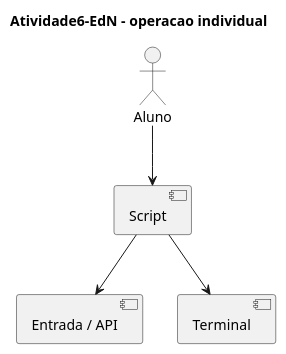
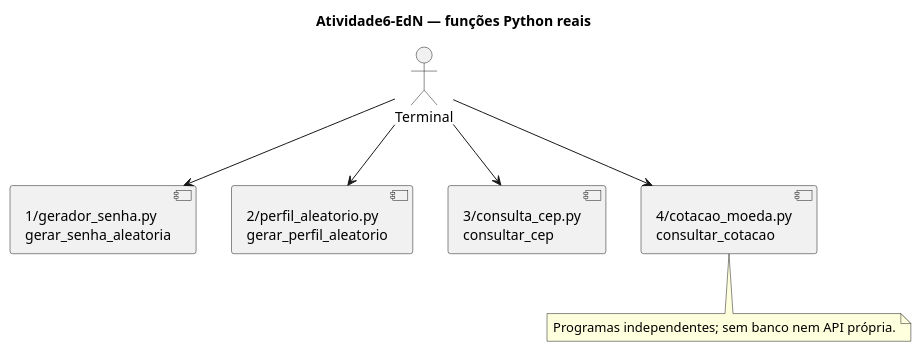
Before and after one commit to DanieldeAlmeida2024/Atividade6-EdN: the diagram in docs/UML.puml, drawn with PlantUML. The commit also changed 10 other files, not shown here.

Commit message:
docs: especificar funcoes, entradas, testes e UML por exercicio

```diff
--- a/docs/UML.puml
+++ b/docs/UML.puml
@@ -1,10 +1,15 @@
 @startuml
-title Atividade6-EdN - operacao individual
-actor Aluno
-component Script
-component "Entrada / API" as Fonte
-component Terminal
-Aluno --> Script
-Script --> Fonte
-Script --> Terminal
+title Atividade6-EdN — funções Python reais
+actor Terminal
+component "1/gerador_senha.py\ngerar_senha_aleatoria" as M0
+Terminal --> M0
+component "2/perfil_aleatorio.py\ngerar_perfil_aleatorio" as M1
+Terminal --> M1
+component "3/consulta_cep.py\nconsultar_cep" as M2
+Terminal --> M2
+component "4/cotacao_moeda.py\nconsultar_cotacao" as M3
+Terminal --> M3
+note bottom
+Programas independentes; sem banco nem API própria.
+end note
 @enduml
```
